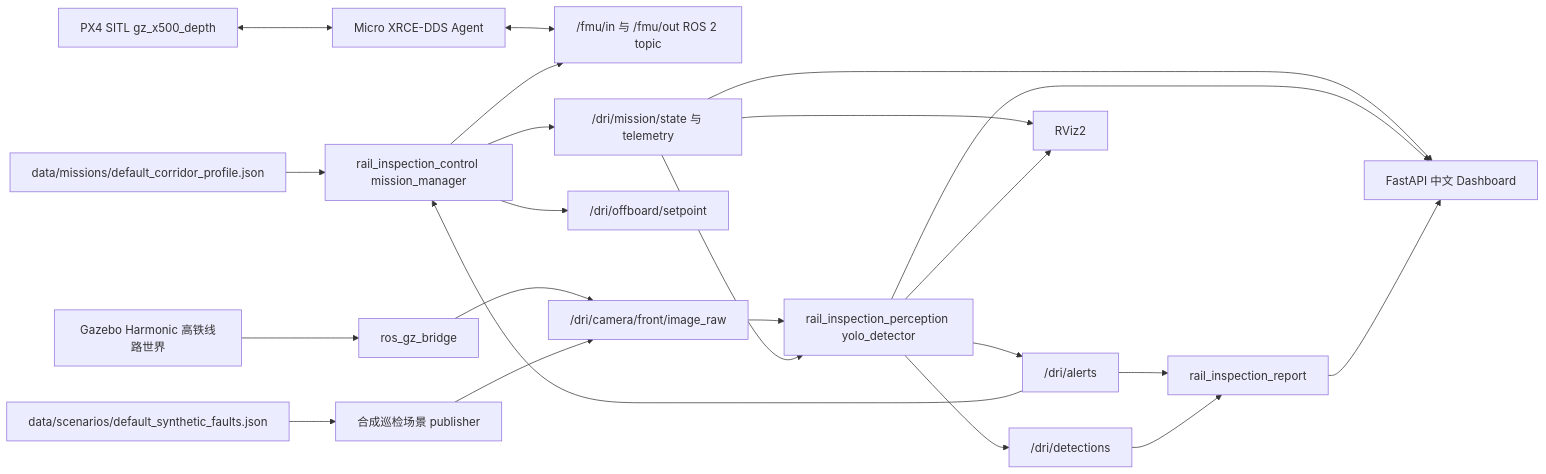
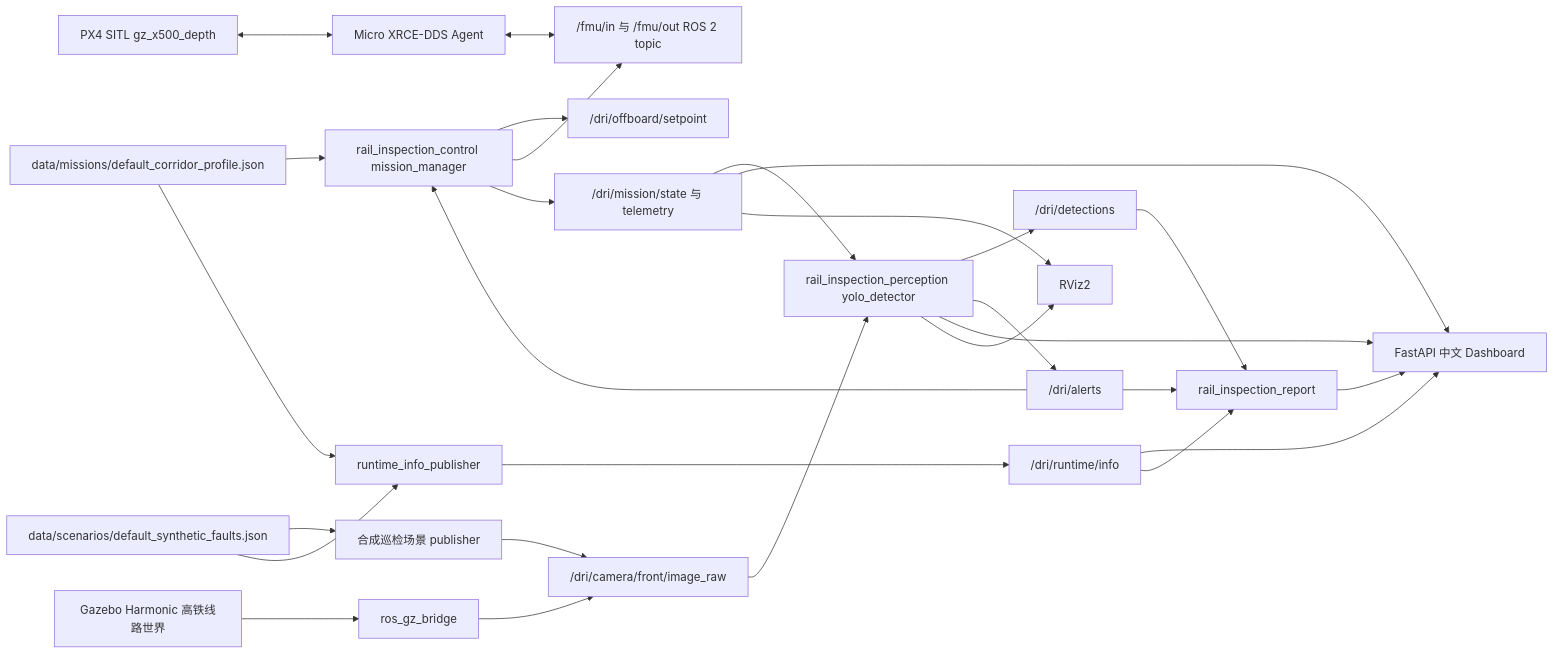
Before and after one commit to evanor05/rail-drone-inspection-sim: the diagram in docs/ARCHITECTURE.md, drawn with Mermaid. The commit also changed other lines of this file and 14 other files, not shown here.

````diff
--- a/docs/ARCHITECTURE.md
+++ b/docs/ARCHITECTURE.md
@@ -3,25 +3,30 @@
 ```mermaid
 flowchart LR
   Profile["data/missions/default_corridor_profile.json"] --> Mission["rail_inspection_control mission_manager"]
+  Profile --> RuntimeInfo["runtime_info_publisher"]
   Scenario["data/scenarios/default_synthetic_faults.json"] --> Synthetic["合成巡检场景 publisher"]
+  Scenario --> RuntimeInfo
   Gazebo["Gazebo Harmonic 高铁线路世界"] --> Bridge["ros_gz_bridge"]
   PX4["PX4 SITL gz_x500_depth"] <--> XRCE["Micro XRCE-DDS Agent"]
   XRCE <--> ROSPX4["/fmu/in 与 /fmu/out ROS 2 topic"]
   Bridge --> Camera["/dri/camera/front/image_raw"]
   Synthetic --> Camera
   Mission["rail_inspection_control mission_manager"] --> Setpoint["/dri/offboard/setpoint"]
   Mission --> ROSPX4
   Mission --> State["/dri/mission/state 与 telemetry"]
+  RuntimeInfo --> RuntimeTopic["/dri/runtime/info"]
   Camera --> YOLO["rail_inspection_perception yolo_detector"]
   State --> YOLO
   YOLO --> Detections["/dri/detections"]
   YOLO --> Alerts["/dri/alerts"]
   Alerts --> Mission
   Alerts --> Report["rail_inspection_report"]
   Detections --> Report
   State --> Dashboard["FastAPI 中文 Dashboard"]
+  RuntimeTopic --> Dashboard
   YOLO --> Dashboard
   Report --> Dashboard
+  RuntimeTopic --> Report
   State --> RViz["RViz2"]
   YOLO --> RViz
 ```
````
